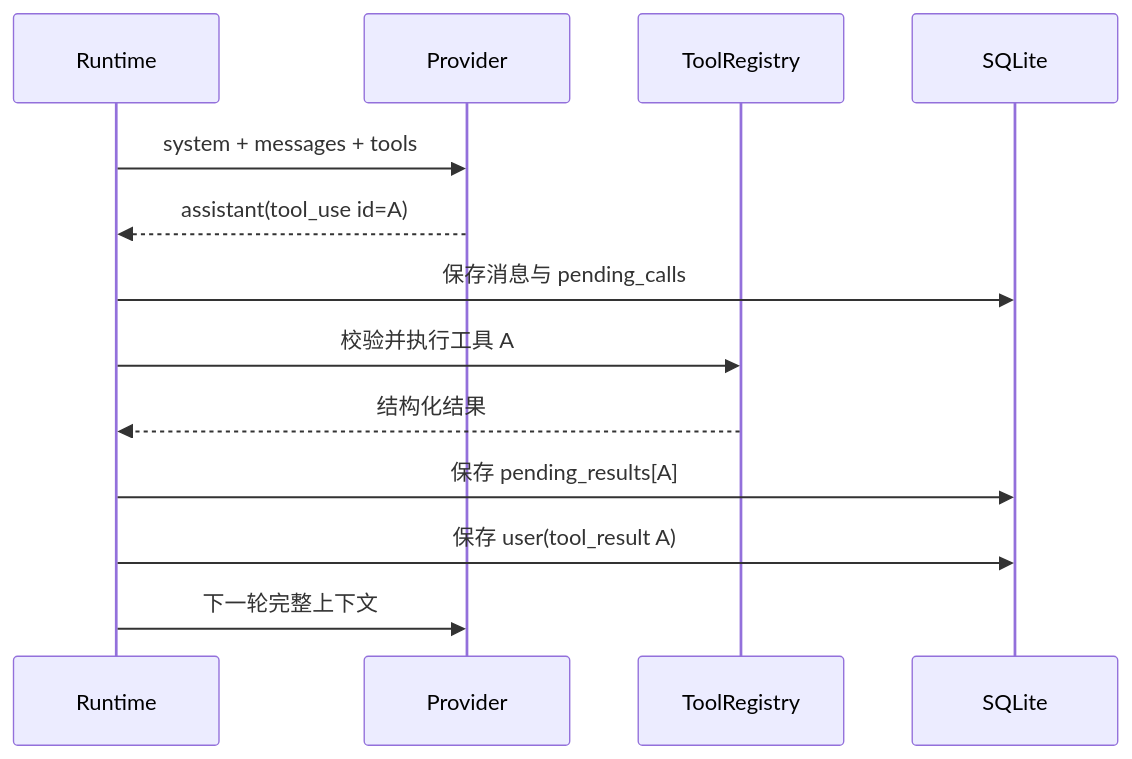
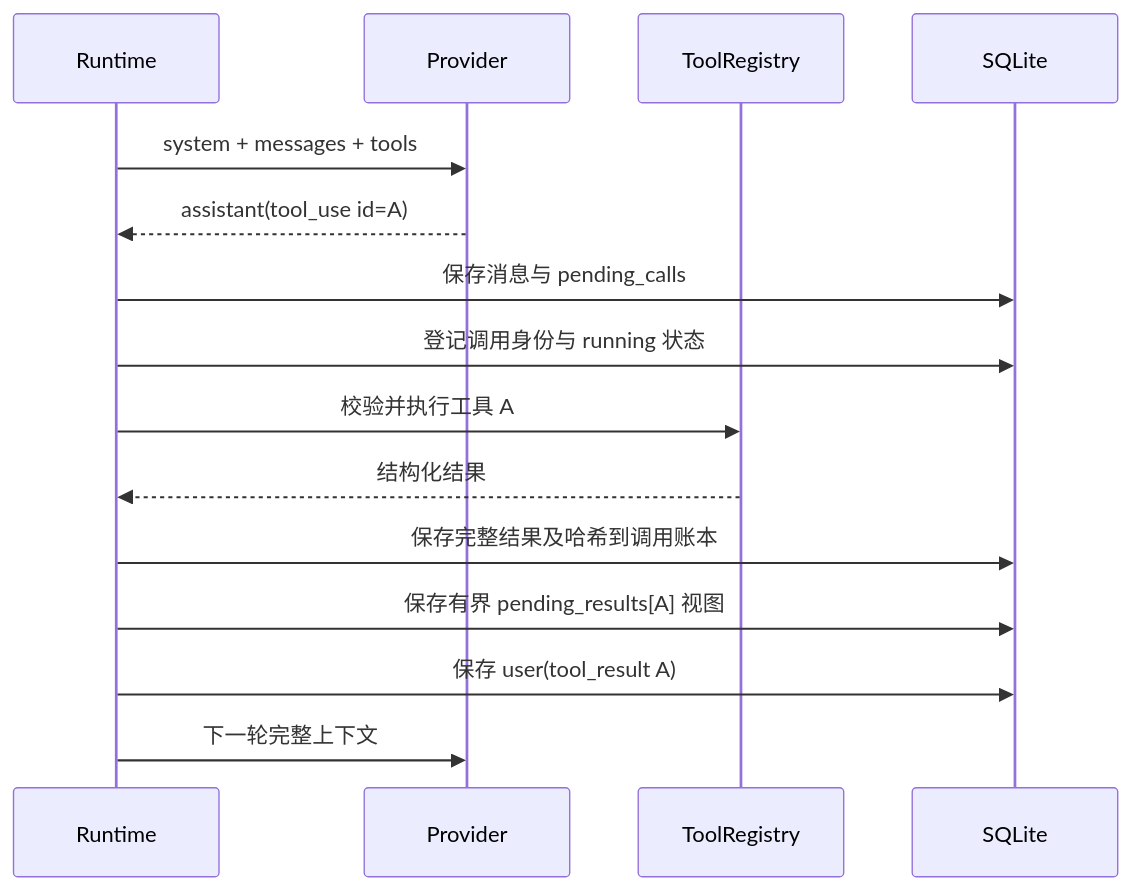
Before and after one commit to CambridgeZ/agent-systems-lab: the second of 3 diagrams in docs/architecture.md, drawn with Mermaid. The commit also changed other lines of this file and 31 other files, not shown here.

````diff
--- a/docs/architecture.md
+++ b/docs/architecture.md
@@ -55,15 +55,17 @@
 ```mermaid
 sequenceDiagram
     participant R as Runtime
     participant P as Provider
     participant T as ToolRegistry
     participant S as SQLite
     R->>P: system + messages + tools
     P-->>R: assistant(tool_use id=A)
     R->>S: 保存消息与 pending_calls
+    R->>S: 登记调用身份与 running 状态
     R->>T: 校验并执行工具 A
     T-->>R: 结构化结果
-    R->>S: 保存 pending_results[A]
+    R->>S: 保存完整结果及哈希到调用账本
+    R->>S: 保存有界 pending_results[A] 视图
     R->>S: 保存 user(tool_result A)
     R->>P: 下一轮完整上下文
 ```
````
